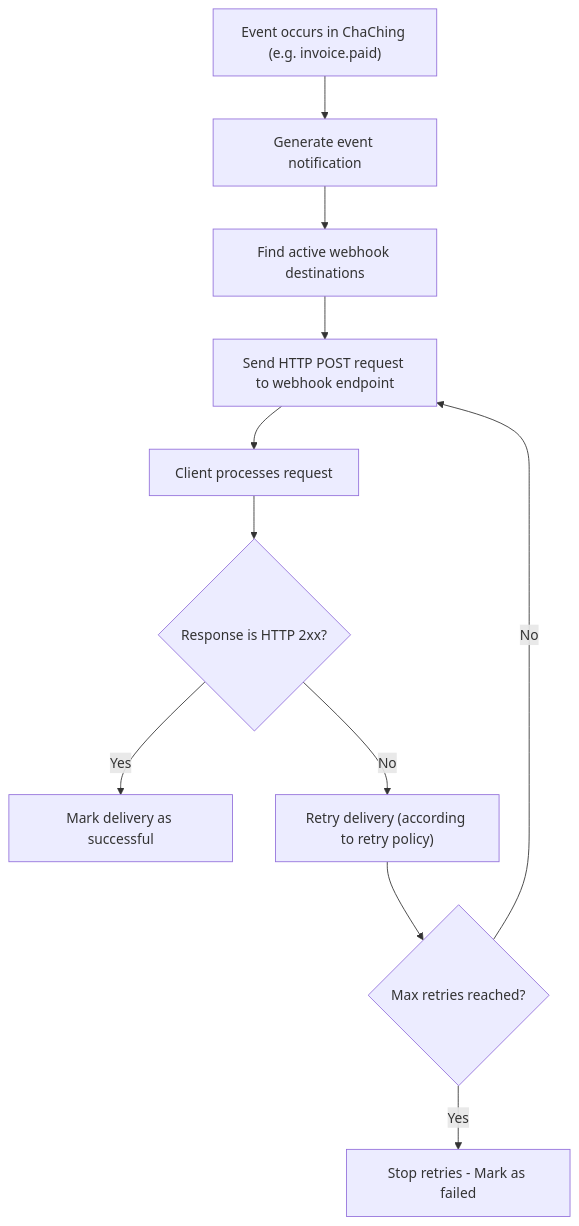
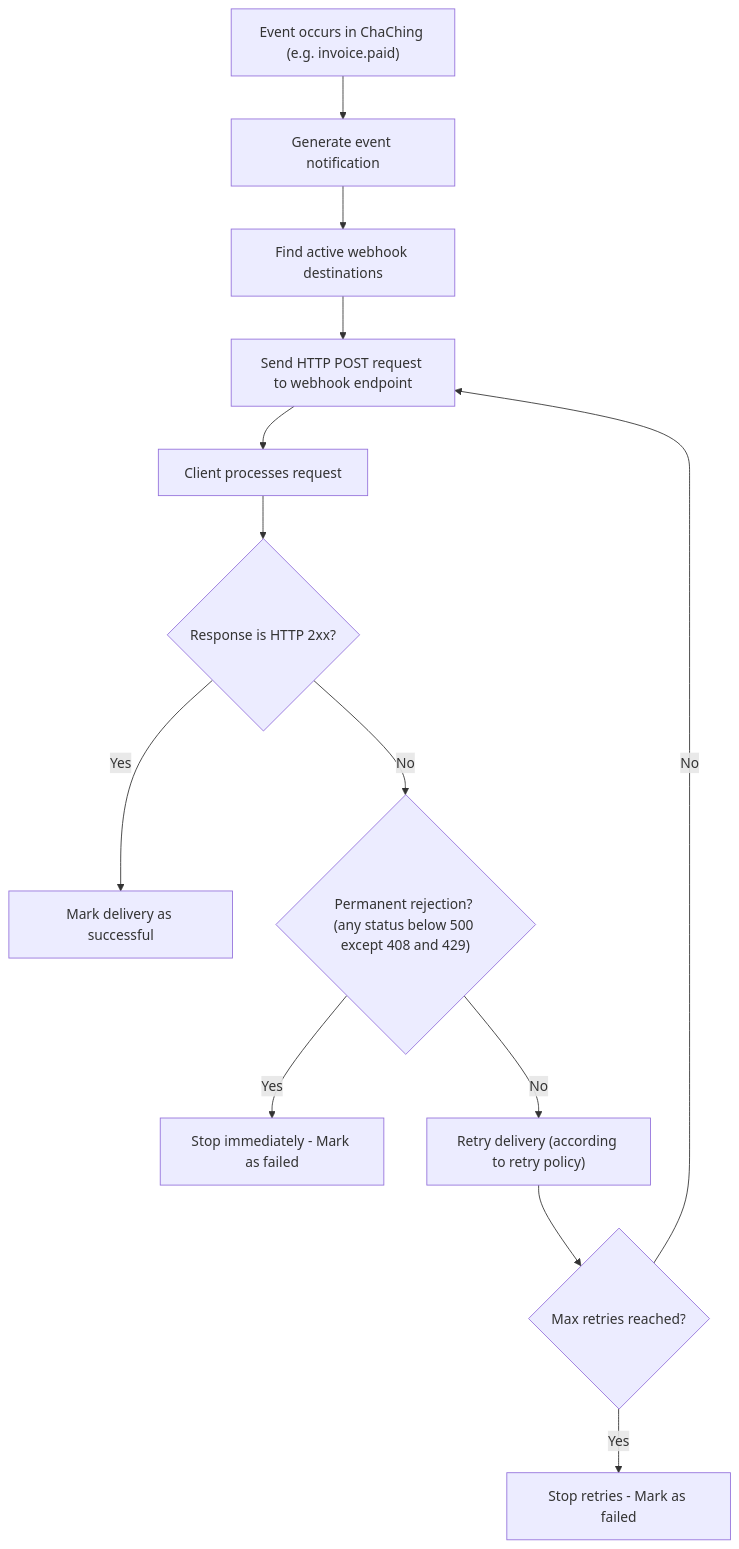
One commit to Chachingio/chaching-docs changed the diagram in Developer Guide/webhook.md. Above: the diagram before and after it, drawn with Mermaid. The commit also changed other lines of this file, not shown here.

First line of the commit message:
docs(webhook): document permanent-rejection classification and fix the retry window

````diff
--- a/Developer Guide/webhook.md
+++ b/Developer Guide/webhook.md
@@ -11,15 +11,18 @@
 ```mermaid
 graph TD;
   A["Event occurs in ChaChing (e.g. invoice.paid)"] --> B["Generate event notification"];
   B --> C["Find active webhook destinations"];
   C --> D["Send HTTP POST request to webhook endpoint"];
   D --> E["Client processes request"];
   E --> F{"Response is HTTP 2xx?"};
 
   F -- Yes --> G["Mark delivery as successful"];
-  F -- No --> H["Retry delivery (according to retry policy)"];
+  F -- No --> K{"Permanent rejection? (any status below 500 except 408 and 429)"};
+
+  K -- Yes --> L["Stop immediately - Mark as failed"];
+  K -- No --> H["Retry delivery (according to retry policy)"];
   H --> I{"Max retries reached?"};
 
   I -- No --> D;
   I -- Yes --> J["Stop retries - Mark as failed"];
 ```
````
